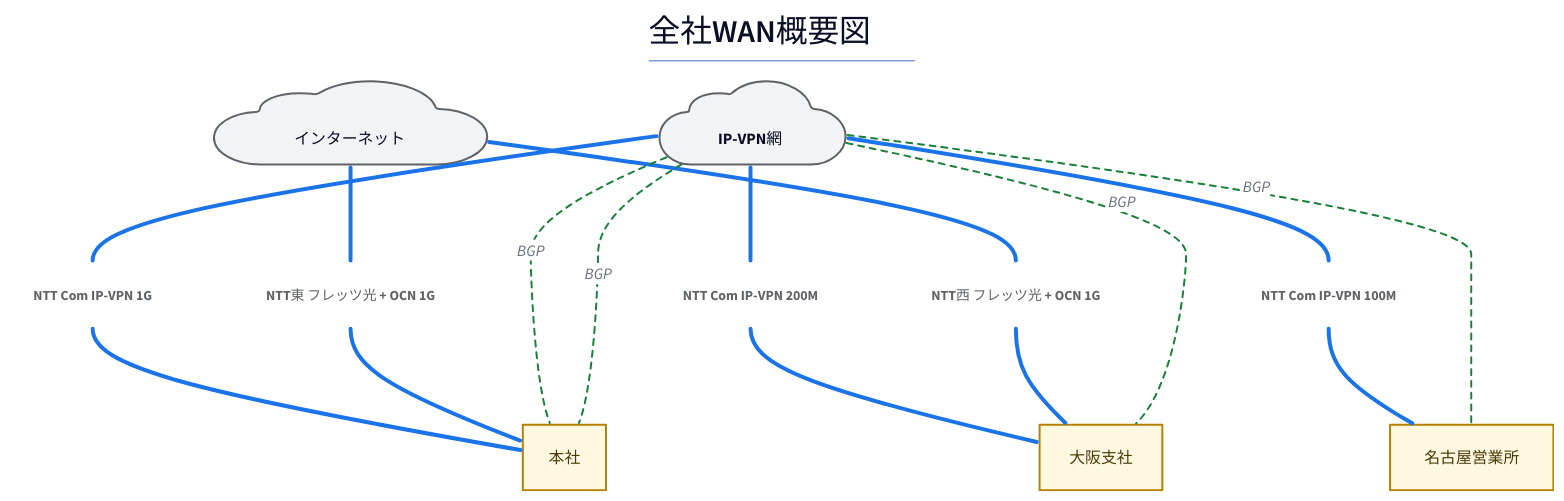
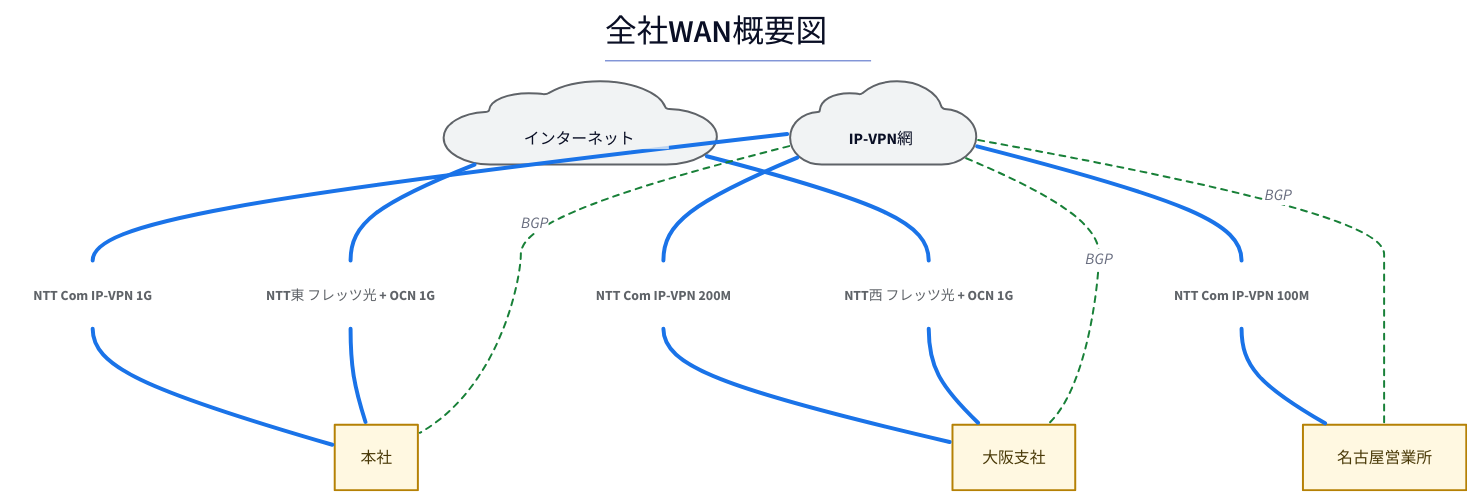
One commit to thinas1115/nwdsl changed the diagram in examples/scale-50/generated/wan-overview.d2. Above: the diagram before and after it, drawn with D2. The commit also changed 31 other files, not shown here.

```diff
--- a/examples/scale-50/generated/wan-overview.d2
+++ b/examples/scale-50/generated/wan-overview.d2
@@ -1,49 +1,48 @@
 title: |md
   # 全社WAN概要図
 | {near: top-center}
 direction: down
 
 classes: {
   role-router: {style.fill: "#e8f0fe"; style.stroke: "#1a56b0"; style.font-color: "#1a2340"}
   role-l3switch: {style.fill: "#d2e3fc"; style.stroke: "#1a56b0"; style.font-color: "#1a2340"}
   role-l2switch: {style.fill: "#e6f4ea"; style.stroke: "#137333"; style.font-color: "#1a2e1f"}
   role-firewall: {style.fill: "#fce8e6"; style.stroke: "#c5221f"; style.font-color: "#3c1a19"}
   role-other: {style.fill: "#f1f3f4"; style.stroke: "#5f6368"; style.font-color: "#202124"}
   node-cloud: {shape: cloud; style.fill: "#f1f3f4"; style.stroke: "#5f6368"}
   node-site: {style.fill: "#fff8e1"; style.stroke: "#b58105"; style.font-color: "#4a3a08"}
   node-segment: {style.fill: "#e2f5f0"; style.stroke: "#0f766e"; style.font-color: "#0b3d38"; style.border-radius: 12}
   node-external: {style.fill: "#ffffff"; style.stroke: "#9aa0a6"; style.stroke-dash: 3}
   group-site: {style.fill: "#f7f9fc"; style.stroke: "#8fa8c4"; style.font-color: "#33475b"}
   edge-label: {style.fill: "transparent"; style.stroke: "transparent"; style.font-size: 14; style.font-color: "#5f6368"; style.italic: true}
   edge-lan-cable: {style.stroke: "#4a4a4a"; style.stroke-width: 2}
   edge-wan-circuit: {style.stroke: "#1a73e8"; style.stroke-width: 4}
   edge-tunnel: {style.stroke: "#7b1fa2"; style.stroke-width: 2; style.stroke-dash: 5}
   edge-logical: {style.stroke: "#188038"; style.stroke-width: 2; style.stroke-dash: 3}
   edge-segment: {style.stroke: "#0f766e"; style.stroke-width: 1}
 }
 
 n_site__hq: "本社" {class: node-site}
 n_cloud__ipvpn: "　IP-VPN網　" {class: node-cloud}
 n_site__osk: "大阪支社" {class: node-site}
 n_site__ngy: "名古屋営業所" {class: node-site}
 n_cloud__internet: "　インターネット　" {class: node-cloud}
 
 lbl_0: "NTT Com IP-VPN 1G" {class: edge-label}
 n_cloud__ipvpn -- lbl_0 {class: edge-wan-circuit}
 lbl_0 -- n_site__hq {class: edge-wan-circuit}
 lbl_1: "NTT Com IP-VPN 200M" {class: edge-label}
 n_cloud__ipvpn -- lbl_1 {class: edge-wan-circuit}
 lbl_1 -- n_site__osk {class: edge-wan-circuit}
 lbl_2: "NTT Com IP-VPN 100M" {class: edge-label}
 n_cloud__ipvpn -- lbl_2 {class: edge-wan-circuit}
 lbl_2 -- n_site__ngy {class: edge-wan-circuit}
 lbl_3: "NTT東 フレッツ光 + OCN 1G" {class: edge-label}
 n_cloud__internet -- lbl_3 {class: edge-wan-circuit}
 lbl_3 -- n_site__hq {class: edge-wan-circuit}
 lbl_4: "NTT西 フレッツ光 + OCN 1G" {class: edge-label}
 n_cloud__internet -- lbl_4 {class: edge-wan-circuit}
 lbl_4 -- n_site__osk {class: edge-wan-circuit}
 n_cloud__ipvpn -- n_site__hq: "BGP" {class: edge-logical}
 n_cloud__ipvpn -- n_site__osk: "BGP" {class: edge-logical}
-n_cloud__ipvpn -- n_site__hq: "BGP" {class: edge-logical}
 n_cloud__ipvpn -- n_site__ngy: "BGP" {class: edge-logical}
```
